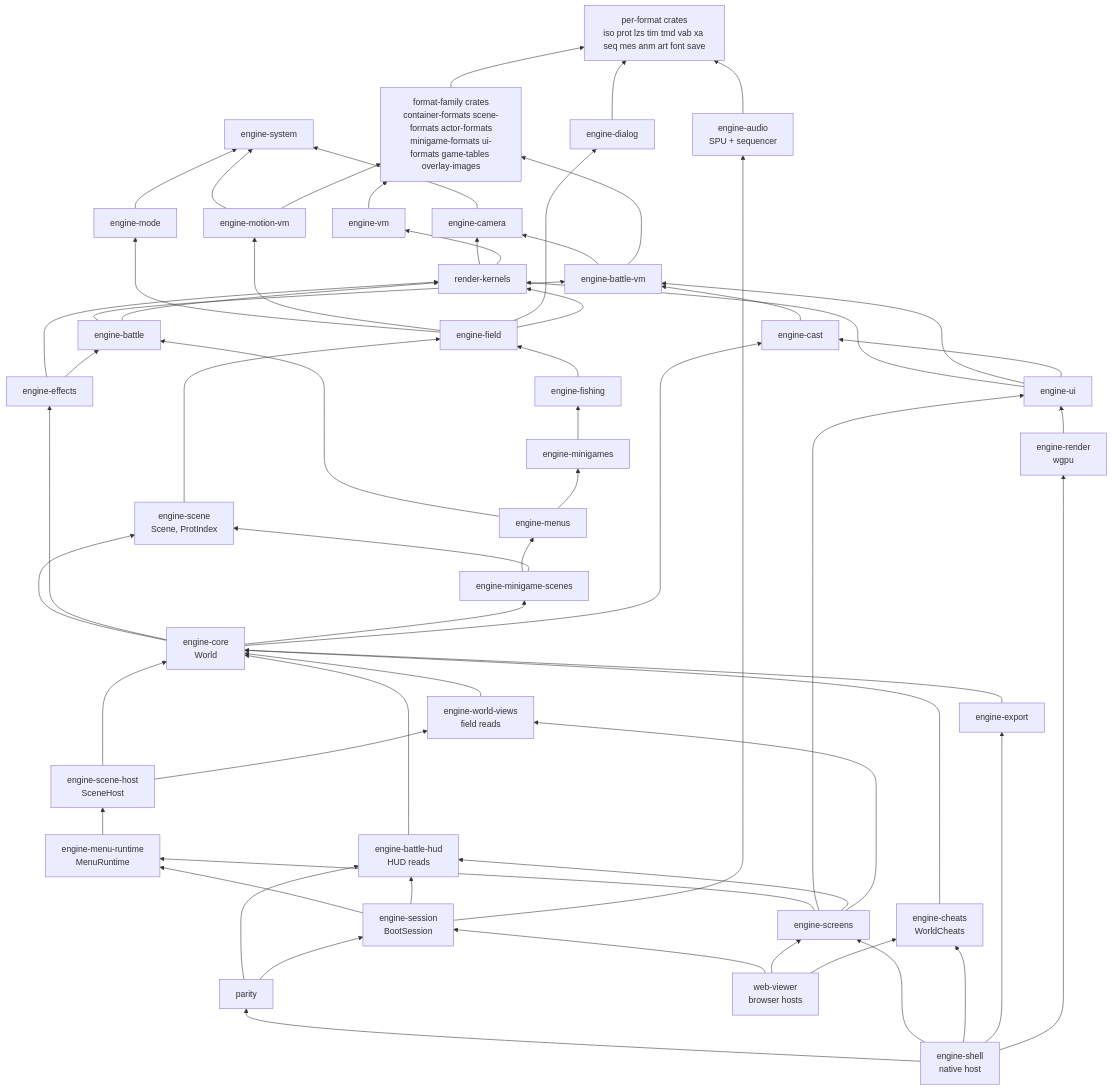
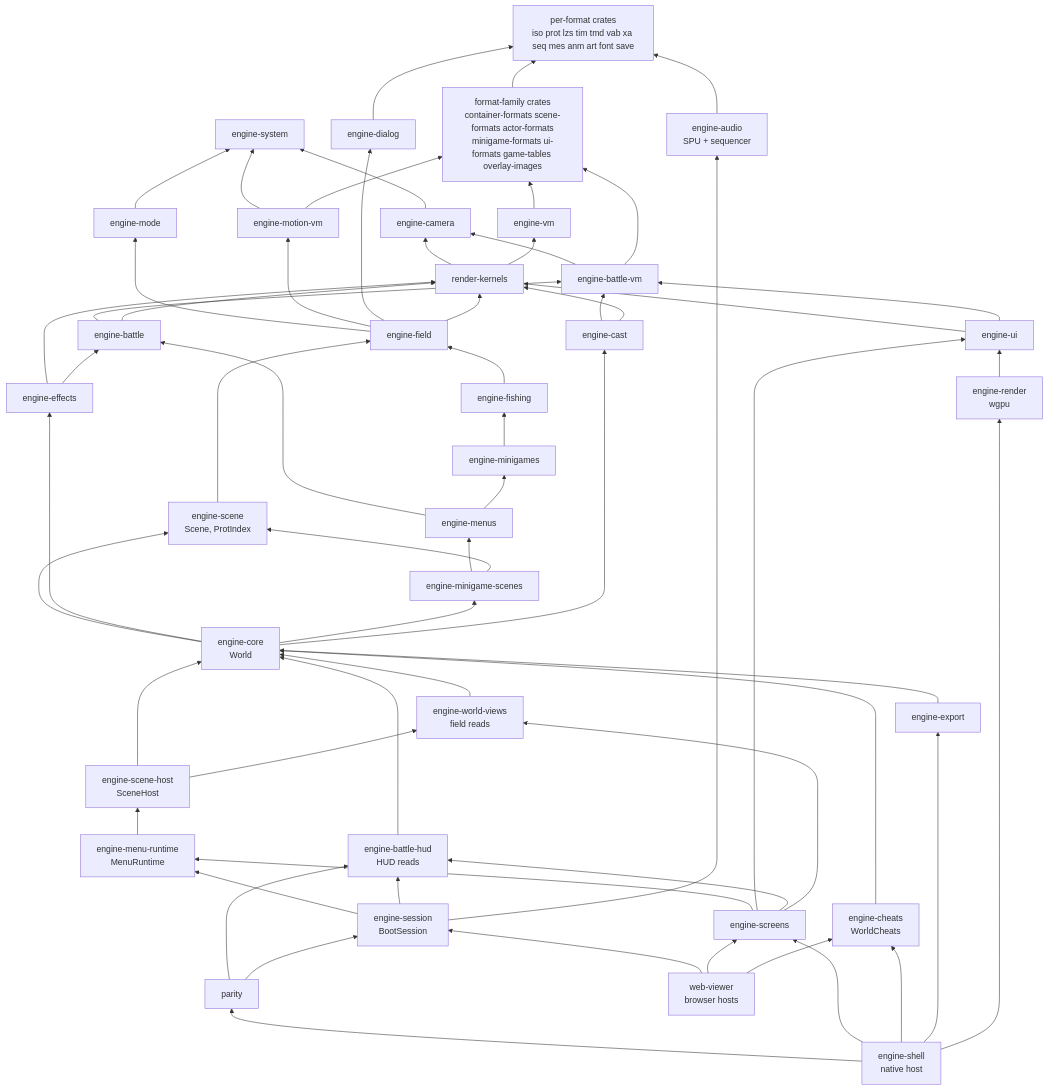
Before and after one commit to AndrewAltimit/legend-of-legaia-re: the first of 4 diagrams in docs/subsystems/engine.md, drawn with Mermaid. The commit also changed other lines of this file and 18 other files, not shown here.

```diff
--- a/docs/subsystems/engine.md
+++ b/docs/subsystems/engine.md
@@ -88,6 +88,7 @@
     EVM --> FAM
     EB --> EBV
     ECAST --> EBV
+    ECAST --> RK
     EB --> RK
     RK --> ECAM
     RK --> EVM
@@ -110,7 +111,6 @@
     CORE --> ECAST
     EUI --> RK
     EUI --> EBV
-    EUI --> ECAST
     EREN --> EUI
     EAUD --> FMT
     SH --> CORE
```
